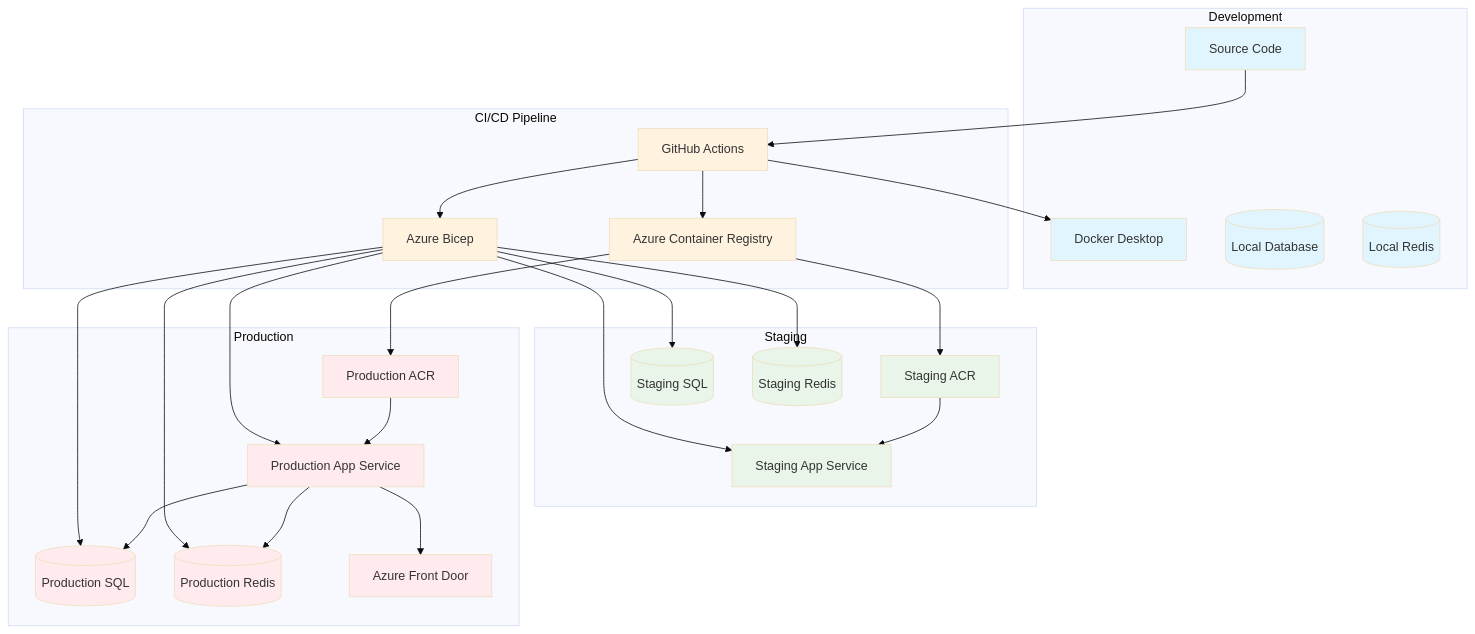
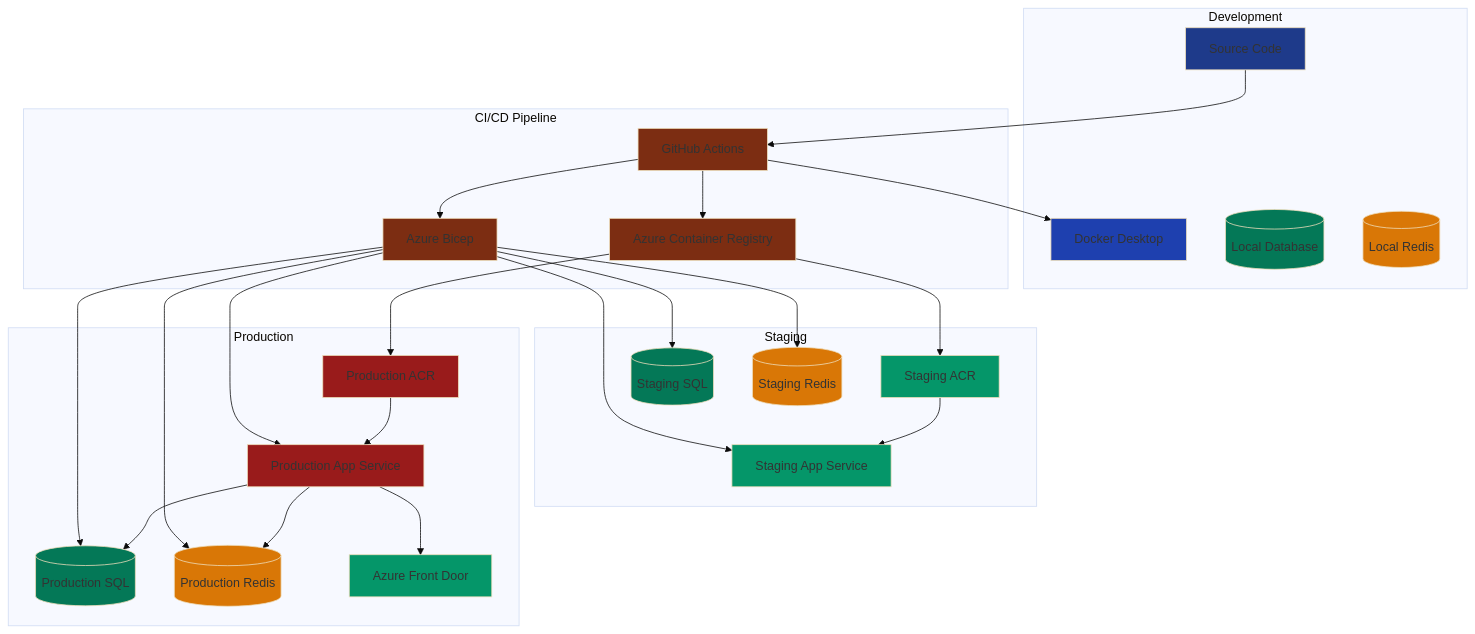
One commit to nithinmohantk/dotnet-multi-tenant-saas-boilerplate-with-advanced-features changed the seventh of 11 diagrams in README.md. Above: the diagram before and after it, drawn with Mermaid (base theme). The commit also changed other lines of this file, not shown here.

Commit message:
Committing the previous boilerplate code. Need to work on upgrading to .NET 10 and test it

````diff
--- a/README.md
+++ b/README.md
@@ -504,65 +511,65 @@
 ```mermaid
 graph TB
     subgraph "Development"
         DevCode[Source Code]
         DockerDev[Docker Desktop]
         LocalDB[(Local Database)]
         LocalRedis[(Local Redis)]
     end
     
     subgraph "CI/CD Pipeline"
         GitHub[GitHub Actions]
         ACR[Azure Container Registry]
         Bicep[Azure Bicep]
     end
     
     subgraph "Staging"
         StagingACR[Staging ACR]
         StagingApp[Staging App Service]
         StagingSQL[(Staging SQL)]
         StagingRedis[(Staging Redis)]
     end
     
     subgraph "Production"
         ProdACR[Production ACR]
         ProdApp[Production App Service]
         ProdSQL[(Production SQL)]
         ProdRedis[(Production Redis)]
         FrontDoor[Azure Front Door]
     end
     
     DevCode --> GitHub
     GitHub --> DockerDev
     GitHub --> ACR
     GitHub --> Bicep
     ACR --> StagingACR
     ACR --> ProdACR
     Bicep --> StagingApp
     Bicep --> ProdApp
     Bicep --> StagingSQL
     Bicep --> ProdSQL
     Bicep --> StagingRedis
     Bicep --> ProdRedis
     StagingACR --> StagingApp
     ProdACR --> ProdApp
     ProdApp --> ProdSQL
     ProdApp --> ProdRedis
     ProdApp --> FrontDoor
     
-    style DevCode fill:#e1f5fe
-    style DockerDev fill:#e1f5fe
-    style LocalDB fill:#e1f5fe
-    style LocalRedis fill:#e1f5fe
-    style GitHub fill:#fff3e0
-    style ACR fill:#fff3e0
-    style Bicep fill:#fff3e0
-    style StagingACR fill:#e8f5e8
-    style StagingApp fill:#e8f5e8
-    style StagingSQL fill:#e8f5e8
-    style StagingRedis fill:#e8f5e8
-    style ProdACR fill:#ffebee
-    style ProdApp fill:#ffebee
-    style ProdSQL fill:#ffebee
-    style ProdRedis fill:#ffebee
-    style FrontDoor fill:#ffebee
+    style DevCode fill:#1e3a8a
+    style DockerDev fill:#1e40af
+    style LocalDB fill:#047857
+    style LocalRedis fill:#d97706
+    style GitHub fill:#7c2d12
+    style ACR fill:#7c2d12
+    style Bicep fill:#7c2d12
+    style StagingACR fill:#059669
+    style StagingApp fill:#059669
+    style StagingSQL fill:#047857
+    style StagingRedis fill:#d97706
+    style ProdACR fill:#991b1b
+    style ProdApp fill:#991b1b
+    style ProdSQL fill:#047857
+    style ProdRedis fill:#d97706
+    style FrontDoor fill:#059669
 ```
````
